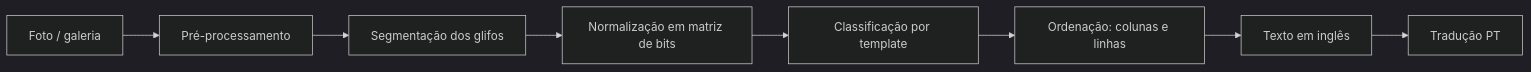
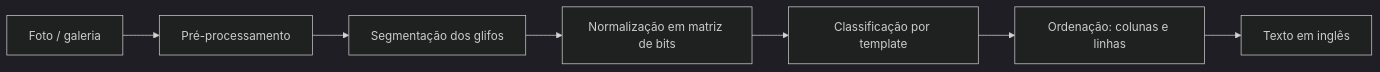
One commit to davicolzer/zu-reader changed the diagram in docs/PLANO.md. Above: the diagram before and after it, drawn with Mermaid (dark theme). The commit also changed other lines of this file and 1 other file, not shown here.

````diff
--- a/docs/PLANO.md
+++ b/docs/PLANO.md
@@ -89,10 +89,9 @@
 ```mermaid
 flowchart LR
   A[Foto / galeria] --> B[Pré-processamento]
   B --> C[Segmentação dos glifos]
   C --> D[Normalização em matriz de bits]
   D --> E[Classificação por template]
   E --> F[Ordenação: colunas e linhas]
   F --> G[Texto em inglês]
-  G --> H[Tradução PT]
 ```
````
